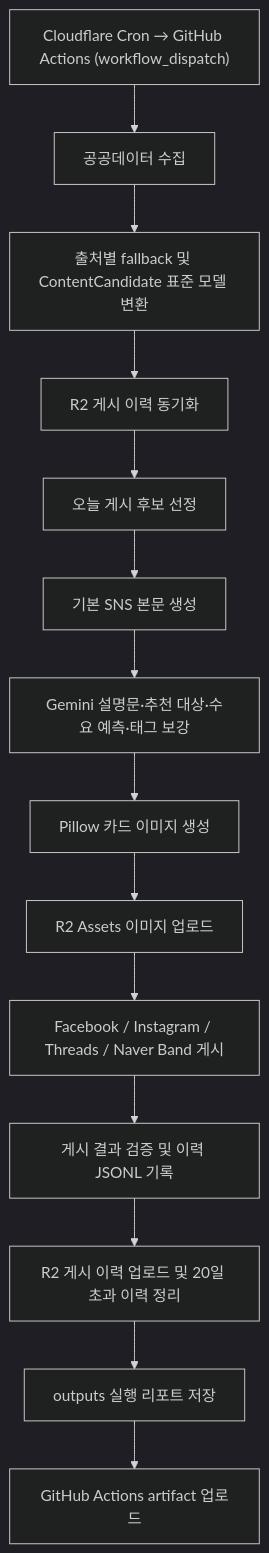
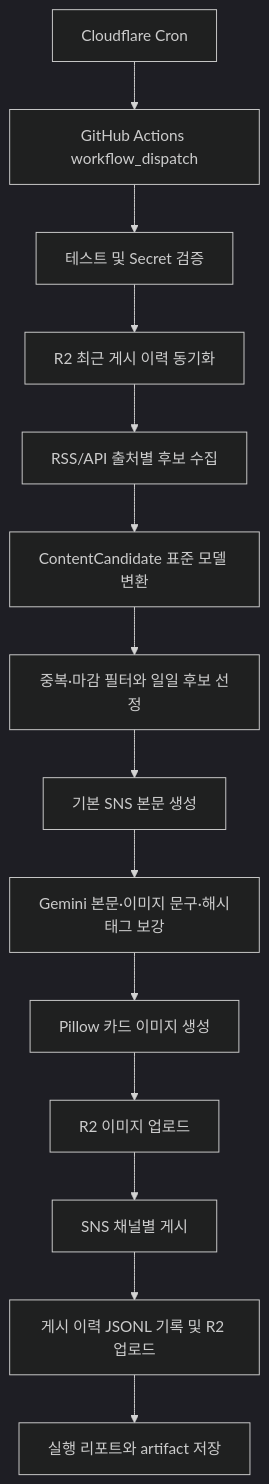
Before and after one commit to lhjunkr/public-data-automation: the diagram in README.md, drawn with Mermaid (dark theme). The commit also changed other lines of this file, not shown here.

Commit message:
README를 현재 운영 구조에 맞게 재작성하고 Gemini 폴백 모델 설명 추가

````diff
--- a/README.md
+++ b/README.md
@@ -52,16 +43,16 @@
 ```mermaid
 flowchart TD
-    A["Cloudflare Cron → GitHub Actions (workflow_dispatch)"] --> B["공공데이터 수집"]
-    B --> C["출처별 fallback 및 ContentCandidate 표준 모델 변환"]
-    C --> D["R2 게시 이력 동기화"]
-    D --> E["오늘 게시 후보 선정"]
-    E --> F["기본 SNS 본문 생성"]
-    F --> G["Gemini 설명문·추천 대상·수요 예측·태그 보강"]
-    G --> H["Pillow 카드 이미지 생성"]
-    H --> I["R2 Assets 이미지 업로드"]
-    I --> J["Facebook / Instagram / Threads / Naver Band 게시"]
-    J --> K["게시 결과 검증 및 이력 JSONL 기록"]
-    K --> L["R2 게시 이력 업로드 및 20일 초과 이력 정리"]
-    L --> M["outputs 실행 리포트 저장"]
-    M --> N["GitHub Actions artifact 업로드"]
+    A["Cloudflare Cron"] --> B["GitHub Actions workflow_dispatch"]
+    B --> C["테스트 및 Secret 검증"]
+    C --> D["R2 최근 게시 이력 동기화"]
+    D --> E["RSS/API 출처별 후보 수집"]
+    E --> F["ContentCandidate 표준 모델 변환"]
+    F --> G["중복·마감 필터와 일일 후보 선정"]
+    G --> H["기본 SNS 본문 생성"]
+    H --> I["Gemini 본문·이미지 문구·해시태그 보강"]
+    I --> J["Pillow 카드 이미지 생성"]
+    J --> K["R2 이미지 업로드"]
+    K --> L["SNS 채널별 게시"]
+    L --> M["게시 이력 JSONL 기록 및 R2 업로드"]
+    M --> N["실행 리포트와 artifact 저장"]
 ```
````
